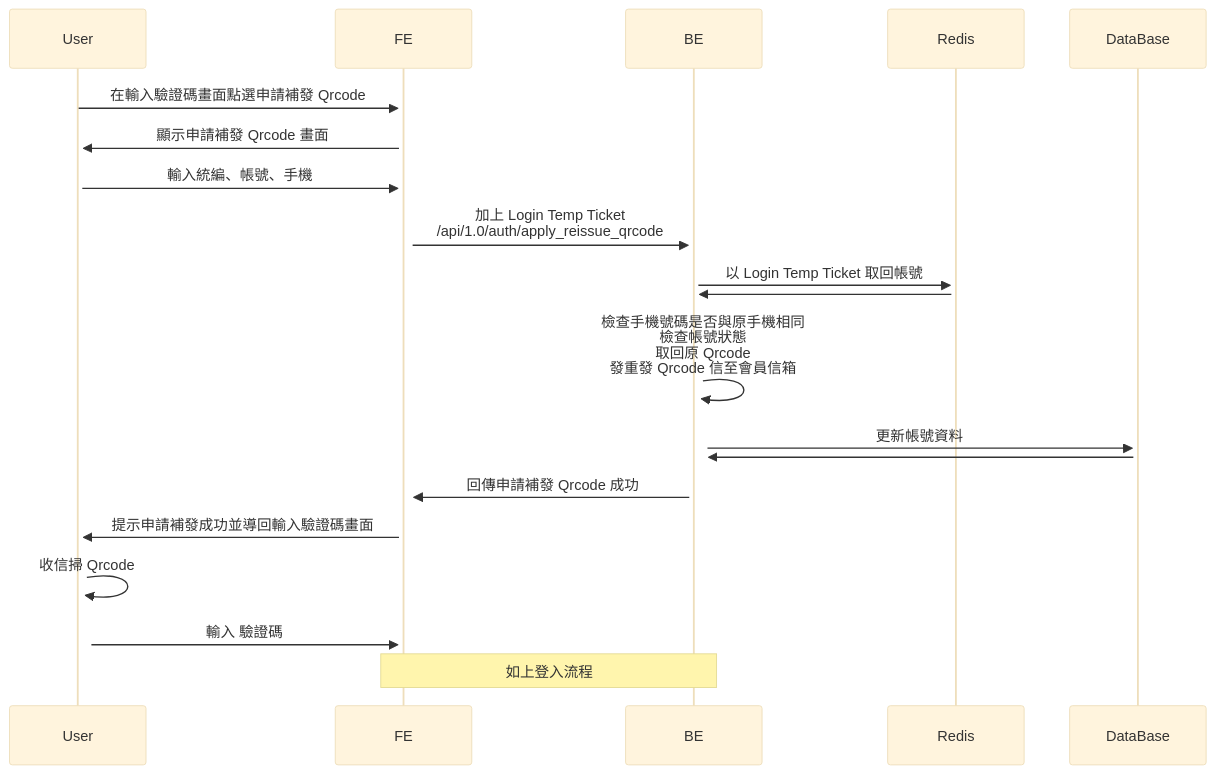
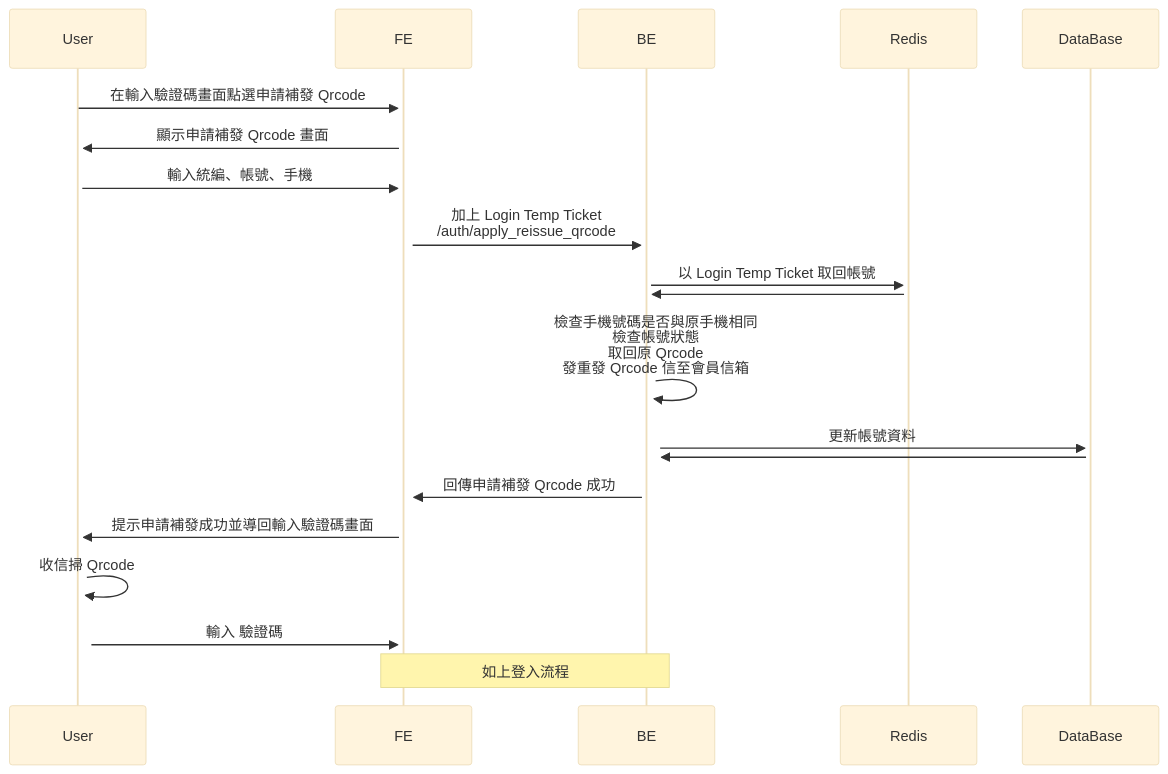
One commit to thunderstormwang/CodingNote changed the third of 6 diagrams in System_Design/login.md. Above: the diagram before and after it, drawn with Mermaid (base theme). The commit also changed other lines of this file and 1 other file, not shown here.

````diff
--- a/System_Design/login.md
+++ b/System_Design/login.md
@@ -86,23 +86,23 @@
 ```mermaid
 sequenceDiagram
 participant User
 participant FE
 participant BE
 participant Redis
 participant DataBase
 
 User ->>+ FE: 在輸入驗證碼畫面點選申請補發 Qrcode
 FE ->>+ User: 顯示申請補發 Qrcode 畫面
 User ->>+ FE: 輸入統編、帳號、手機
-FE ->>+ BE: 加上 Login Temp Ticket<br/>/api/1.0/auth/apply_reissue_qrcode
+FE ->>+ BE: 加上 Login Temp Ticket<br/>/auth/apply_reissue_qrcode
 BE ->>+ Redis: 以 Login Temp Ticket 取回帳號
 Redis ->>+ BE: 
 BE ->>+ BE: 檢查手機號碼是否與原手機相同<br/>檢查帳號狀態<br/>取回原 Qrcode<br/>發重發 Qrcode 信至會員信箱
 BE ->>+ DataBase: 更新帳號資料
 DataBase ->>+ BE: 
 BE ->>+ FE: 回傳申請補發 Qrcode 成功
 FE ->>+ User: 提示申請補發成功並導回輸入驗證碼畫面
 User ->>+ User: 收信掃 Qrcode
 User ->>+ FE: 輸入 驗證碼
 Note over FE, BE: 如上登入流程
 ```
````
